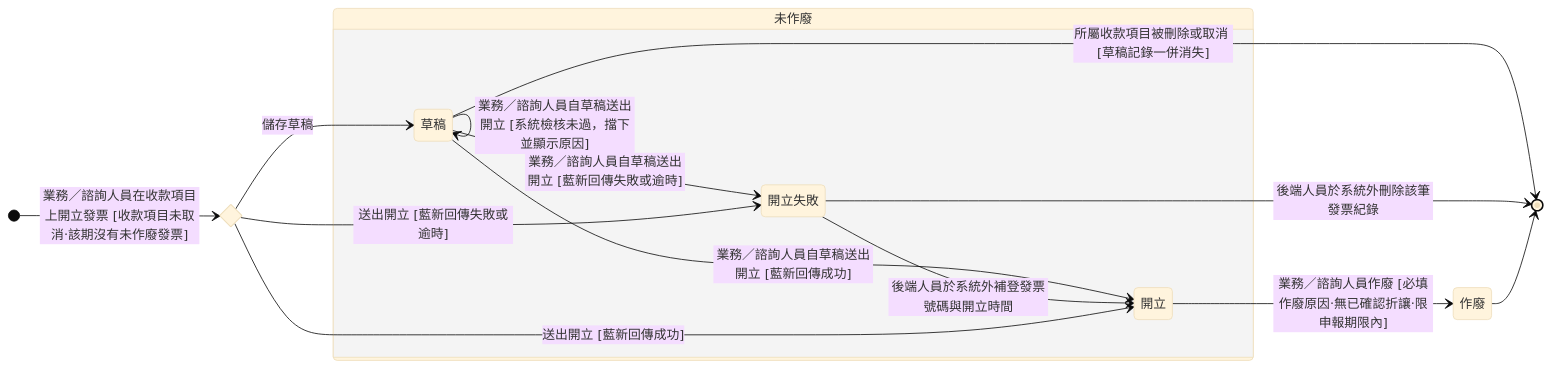
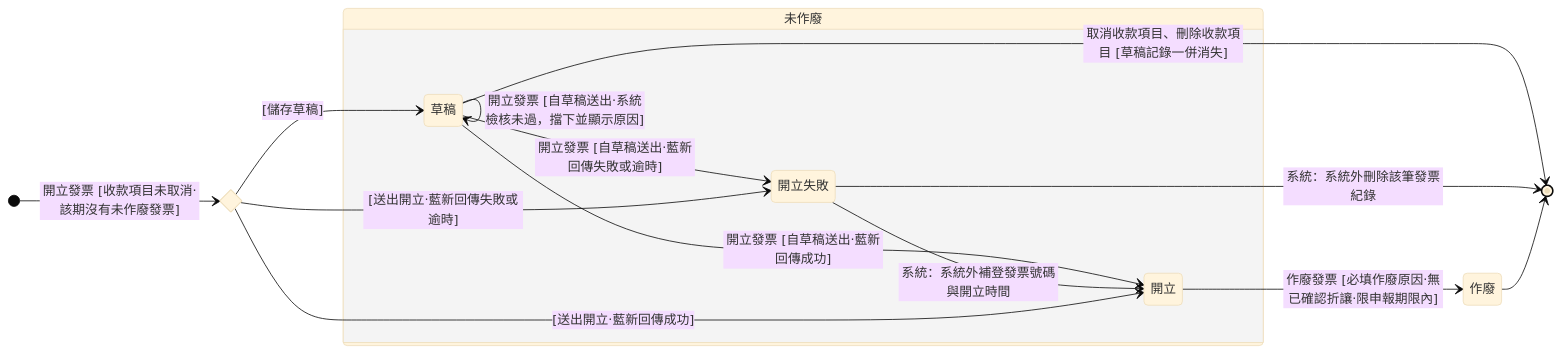
Before and after one commit to Kawato-Miles/erp-spec: the diagram in memory/Sens_wiki/wiki/erp/06-state-machines/發票狀態.md, drawn with Mermaid (base theme). The commit also changed other lines of this file and 37 other files, not shown here.

````diff
--- a/memory/Sens_wiki/wiki/erp/06-state-machines/發票狀態.md
+++ b/memory/Sens_wiki/wiki/erp/06-state-machines/發票狀態.md
@@ -39,28 +41,28 @@
 ```mermaid
 stateDiagram-v2
     direction LR
 
     state c_entry <<choice>>
-    [*] --> c_entry : 業務／諮詢人員在收款項目上開立發票 [收款項目未取消·該期沒有未作廢發票]
+    [*] --> c_entry : 開立發票 [收款項目未取消·該期沒有未作廢發票]
 
     state "未作廢" as g_active {
         direction LR
         state "草稿" as s_draft
         state "開立" as s_issued
         state "開立失敗" as s_failed
-        s_draft --> s_draft : 業務／諮詢人員自草稿送出開立 [系統檢核未過，擋下並顯示原因]
-        s_draft --> s_issued : 業務／諮詢人員自草稿送出開立 [藍新回傳成功]
-        s_draft --> s_failed : 業務／諮詢人員自草稿送出開立 [藍新回傳失敗或逾時]
-        s_failed --> s_issued : 後端人員於系統外補登發票號碼與開立時間
+        s_draft --> s_draft : 開立發票 [自草稿送出·系統檢核未過，擋下並顯示原因]
+        s_draft --> s_issued : 開立發票 [自草稿送出·藍新回傳成功]
+        s_draft --> s_failed : 開立發票 [自草稿送出·藍新回傳失敗或逾時]
+        s_failed --> s_issued : 系統：系統外補登發票號碼與開立時間
     }
     state "作廢" as s_void
 
-    c_entry --> s_draft : 儲存草稿
-    c_entry --> s_issued : 送出開立 [藍新回傳成功]
-    c_entry --> s_failed : 送出開立 [藍新回傳失敗或逾時]
+    c_entry --> s_draft : [儲存草稿]
+    c_entry --> s_issued : [送出開立·藍新回傳成功]
+    c_entry --> s_failed : [送出開立·藍新回傳失敗或逾時]
 
-    s_draft --> [*] : 所屬收款項目被刪除或取消 [草稿記錄一併消失]
-    s_failed --> [*] : 後端人員於系統外刪除該筆發票紀錄
-    s_issued --> s_void : 業務／諮詢人員作廢 [必填作廢原因·無已確認折讓·限申報期限內]
+    s_draft --> [*] : 取消收款項目、刪除收款項目 [草稿記錄一併消失]
+    s_failed --> [*] : 系統：系統外刪除該筆發票紀錄
+    s_issued --> s_void : 作廢發票 [必填作廢原因·無已確認折讓·限申報期限內]
     s_void --> [*]
 ```
````
